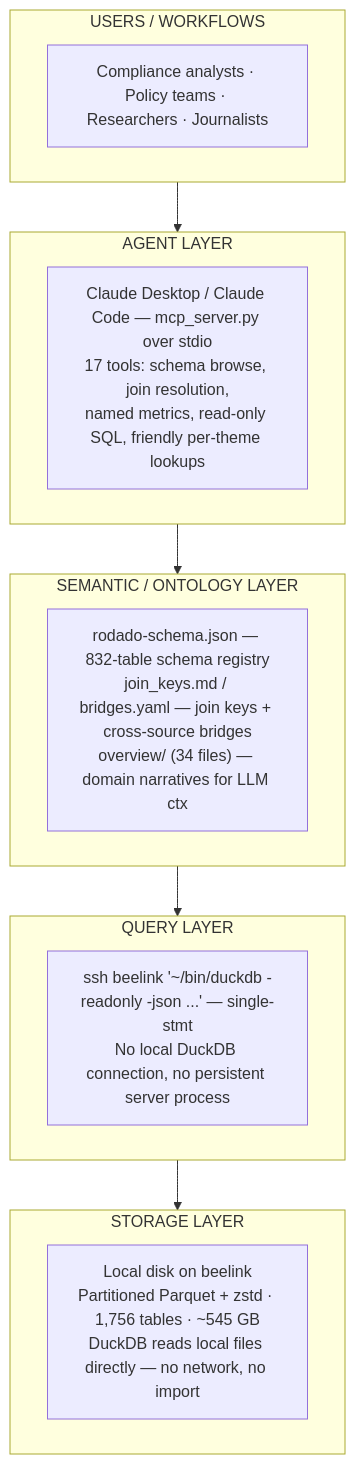
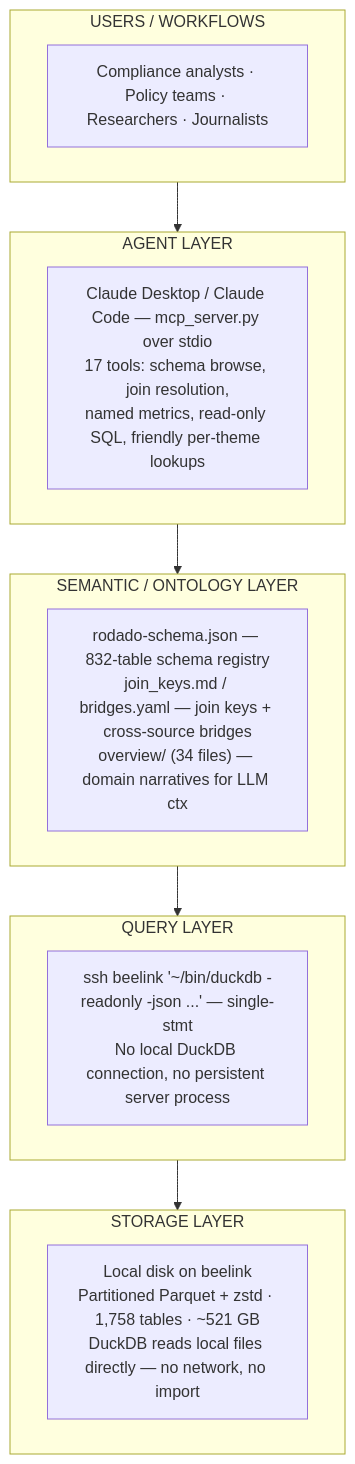
One commit to rafapolo/rodado changed the second of 3 diagrams in docs/tecnico/TECHNICAL.md. Above: the diagram before and after it, drawn with Mermaid. The commit also changed other lines of this file and 40 other files, not shown here.

````diff
--- a/docs/tecnico/TECHNICAL.md
+++ b/docs/tecnico/TECHNICAL.md
@@ -178,20 +178,20 @@
 ```mermaid
 flowchart TD
     subgraph USERS["USERS / WORKFLOWS"]
         U["Compliance analysts · Policy teams · Researchers · Journalists"]
     end
     subgraph AGENT["AGENT LAYER"]
         A["Claude Desktop / Claude Code — mcp_server.py over stdio<br/>17 tools: schema browse, join resolution,<br/>named metrics, read-only SQL, friendly per-theme lookups"]
     end
     subgraph SEMANTIC["SEMANTIC / ONTOLOGY LAYER"]
         S["rodado-schema.json — 832-table schema registry<br/>join_keys.md / bridges.yaml — join keys + cross-source bridges<br/>overview/ (34 files) — domain narratives for LLM ctx"]
     end
     subgraph QUERY["QUERY LAYER"]
         Q["ssh beelink '~/bin/duckdb -readonly -json ...' — single-stmt<br/>No local DuckDB connection, no persistent server process"]
     end
     subgraph STORAGE["STORAGE LAYER"]
-        ST["Local disk on beelink<br/>Partitioned Parquet + zstd · 1,756 tables · ~545 GB<br/>DuckDB reads local files directly — no network, no import"]
+        ST["Local disk on beelink<br/>Partitioned Parquet + zstd · 1,758 tables · ~521 GB<br/>DuckDB reads local files directly — no network, no import"]
     end
 
     USERS --> AGENT --> SEMANTIC --> QUERY --> STORAGE
 ```
````
